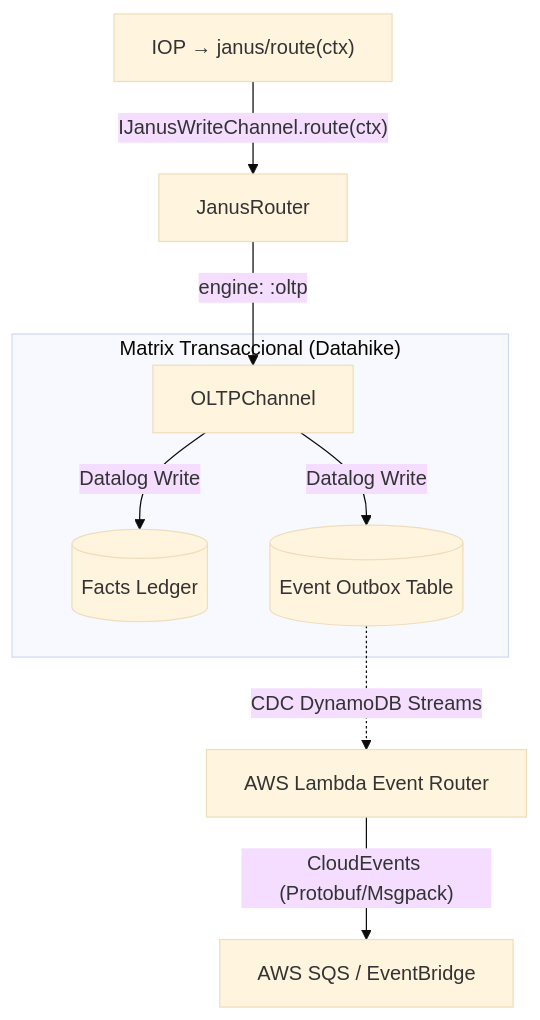
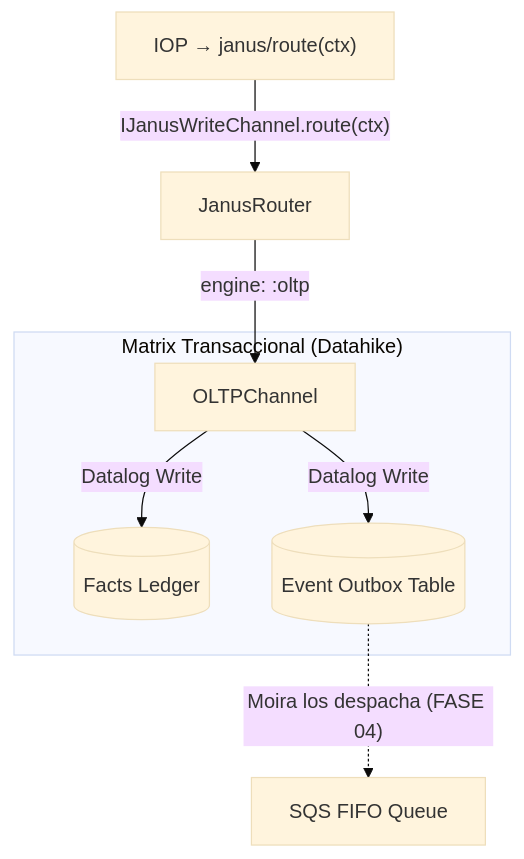
Before and after one commit to metritechnology/metri-engine: the first of 3 diagrams in docs/architecture/03B_FASE_JANUS_ROUTER.md, drawn with Mermaid (base theme). The commit also changed other lines of this file and 733 other files, not shown here.

````diff
--- a/docs/architecture/03B_FASE_JANUS_ROUTER.md
+++ b/docs/architecture/03B_FASE_JANUS_ROUTER.md
@@ -532,13 +532,12 @@
 ```mermaid
 graph TD
     IOP["IOP → janus/route(ctx)"] -->|"IJanusWriteChannel.route(ctx)"| JR[JanusRouter]
     JR -->|"engine: :oltp"| OC[OLTPChannel]
 
     subgraph "Matrix Transaccional (Datahike)"
         OC -->|"Datalog Write"| DBP[(Facts Ledger)]
         OC -->|"Datalog Write"| DBO[(Event Outbox Table)]
     end
 
-    DBO -. "CDC DynamoDB Streams" .-> Hermes[AWS Lambda Event Router]
-    Hermes -->|"CloudEvents (Protobuf/Msgpack)"| SQS[AWS SQS / EventBridge]
+    DBO -.->|"Moira los despacha (FASE 04)"| SQS[SQS FIFO Queue]
 ```
````
